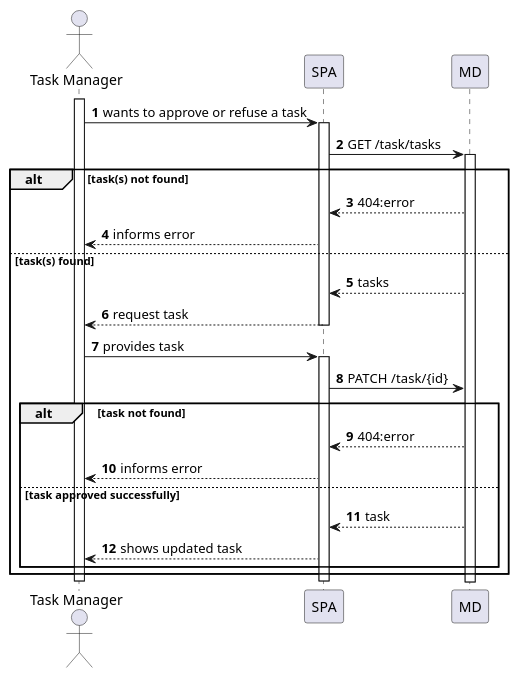
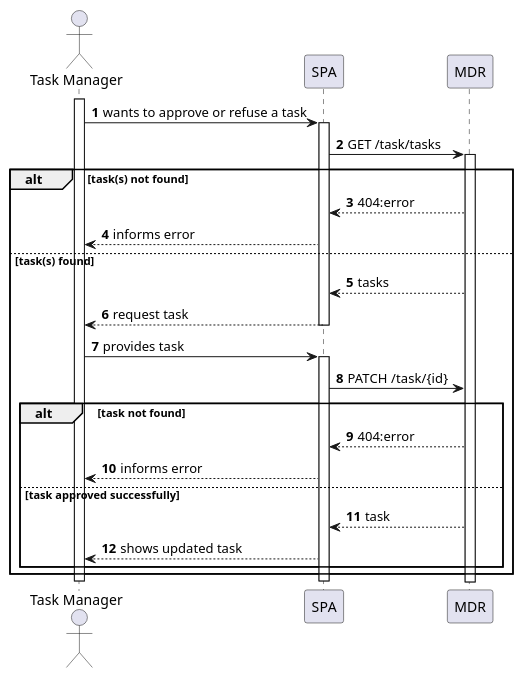
Before and after one commit to Departamento-de-Engenharia-Informatica/lapr5-23-24-g19: the diagram in docs/us470/level2/spa-process-view.puml, drawn with PlantUML. The commit also changed 11 other files, not shown here.

```diff
--- a/docs/us470/level2/spa-process-view.puml
+++ b/docs/us470/level2/spa-process-view.puml
@@ -1,39 +1,39 @@
 @startuml
 autonumber
 
 actor "Task Manager" as usr
 
 participant "SPA" as ui
 
-participant "MD" as md
+participant "MDR" as md
 
 activate usr
     usr -> ui : wants to approve or refuse a task
     activate ui
         ui -> md : GET /task/tasks
         activate md
             alt task(s) not found
                 md --> ui : 404:error
                 ui --> usr: informs error
             else task(s) found
             md --> ui : tasks
             ui --> usr : request task
     deactivate ui
 
 
     usr -> ui : provides task
     activate ui
         ui -> md : PATCH /task/{id}
         alt task not found
             md --> ui : 404:error
             ui --> usr : informs error
         else task approved successfully
             md --> ui : task
             ui --> usr : shows updated task
         end
 
         end
     deactivate ui
 deactivate usr
 
 @enduml
```
